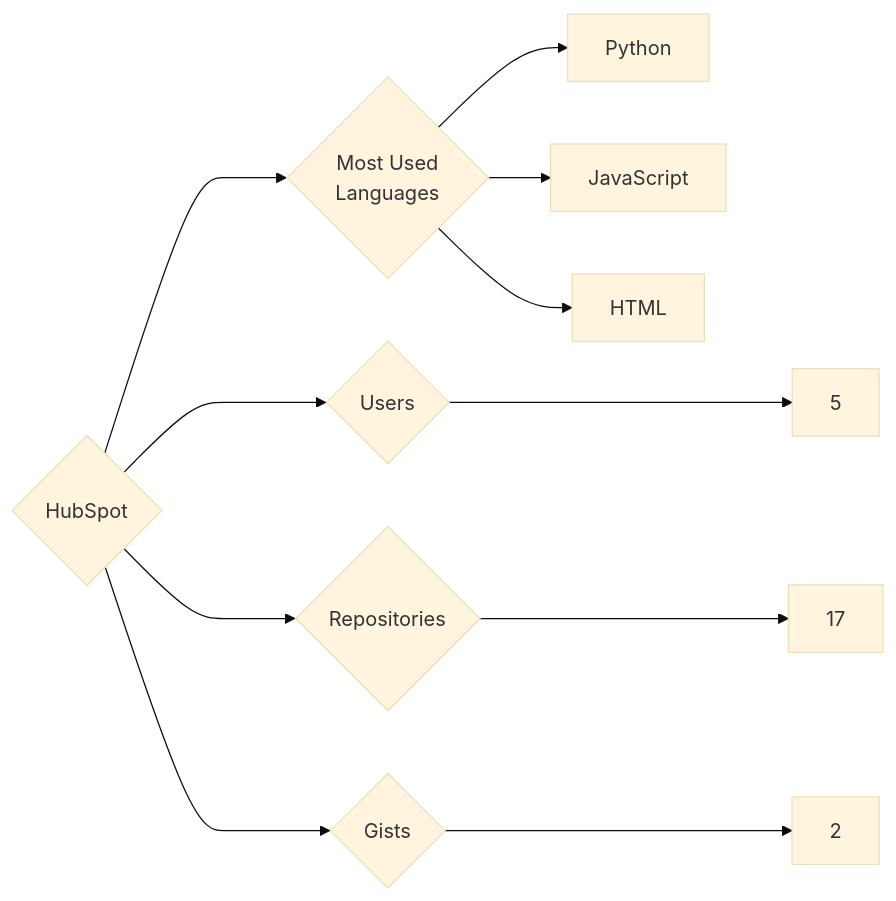
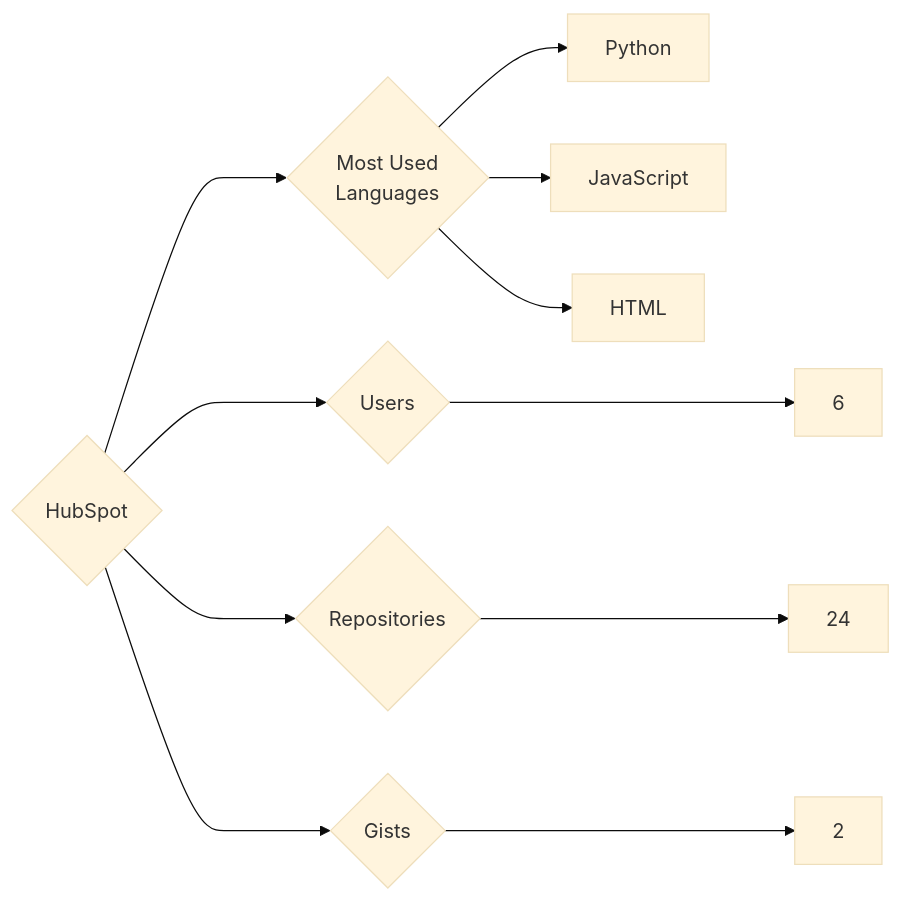
The diagram in targets/HubSpot/README.md (trickest/insiders), drawn with Mermaid (base theme) before and after one commit. The commit also changed 1088 other files, not shown here.

````diff
--- a/targets/HubSpot/README.md
+++ b/targets/HubSpot/README.md
@@ -3,11 +3,11 @@
 ```mermaid
 graph LR
 COMPANY_NAME{HubSpot}
-COMPANY_NAME ---> U{Users} ---> UN[5]
-COMPANY_NAME ---> R{Repositories} ---> RN[17]
+COMPANY_NAME ---> U{Users} ---> UN[6]
+COMPANY_NAME ---> R{Repositories} ---> RN[24]
 COMPANY_NAME ---> G{Gists} ---> GN[2]
 COMPANY_NAME ---> ML{Most Used<br>Languages}
 ML --> Python[Python]
 ML --> JavaScript[JavaScript]
 ML --> HTML[HTML]
 ```
````
